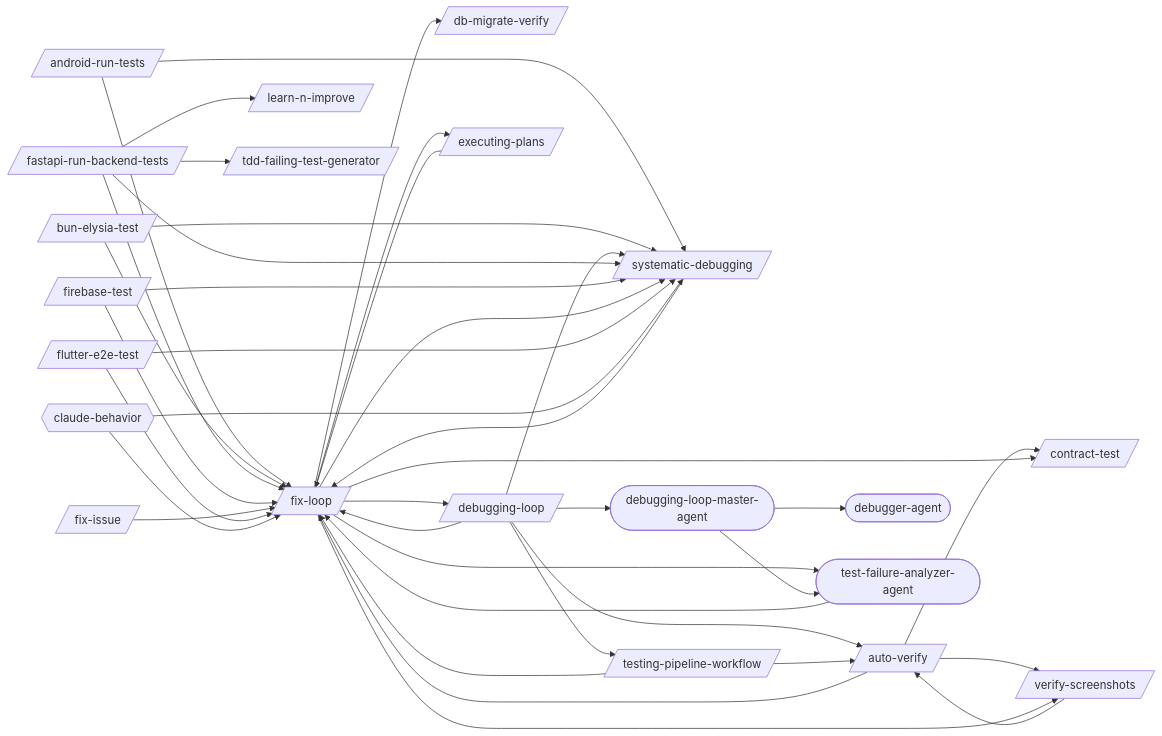
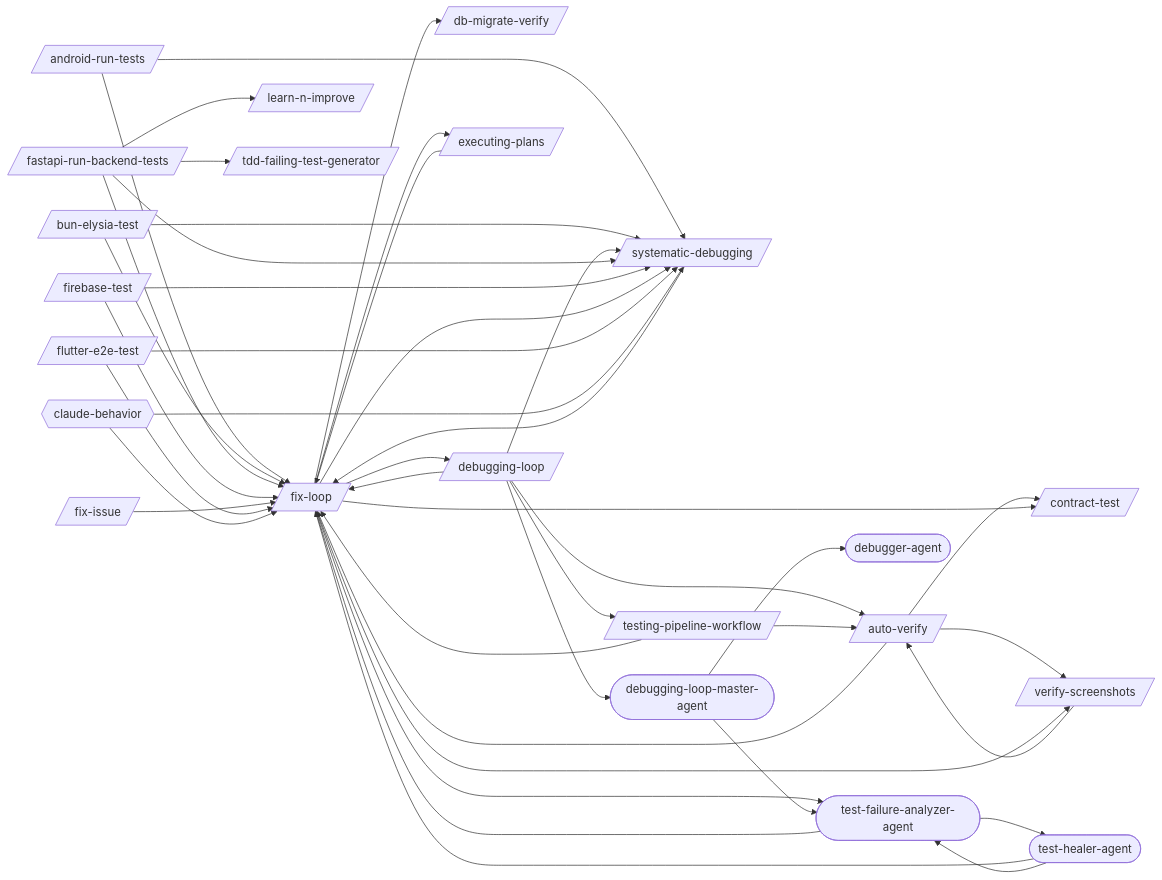
One commit to abhayla/claude-best-practices changed the first of 21 diagrams in docs/workflows/debugging-loop.md. Above: the diagram before and after it, drawn with Mermaid. The commit also changed other lines of this file and 13 other files, not shown here.

````diff
--- a/docs/workflows/debugging-loop.md
+++ b/docs/workflows/debugging-loop.md
@@ -9,62 +9,66 @@
 ```mermaid
 graph LR
     android_run_tests[/android-run-tests/]
     auto_verify[/auto-verify/]
     bun_elysia_test[/bun-elysia-test/]
     contract_test[/contract-test/]
     db_migrate_verify[/db-migrate-verify/]
     debugging_loop[/debugging-loop/]
     executing_plans[/executing-plans/]
     fastapi_run_backend_tests[/fastapi-run-backend-tests/]
     firebase_test[/firebase-test/]
     fix_issue[/fix-issue/]
     fix_loop[/fix-loop/]
     flutter_e2e_test[/flutter-e2e-test/]
     learn_n_improve[/learn-n-improve/]
     systematic_debugging[/systematic-debugging/]
     tdd_failing_test_generator[/tdd-failing-test-generator/]
     testing_pipeline_workflow[/testing-pipeline-workflow/]
     verify_screenshots[/verify-screenshots/]
     debugger_agent([debugger-agent])
     debugging_loop_master_agent([debugging-loop-master-agent])
     test_failure_analyzer_agent([test-failure-analyzer-agent])
+    test_healer_agent([test-healer-agent])
     claude_behavior{{claude-behavior}}
     android_run_tests --> fix_loop
     android_run_tests --> systematic_debugging
     auto_verify --> contract_test
     auto_verify --> fix_loop
     auto_verify --> verify_screenshots
     bun_elysia_test --> fix_loop
     bun_elysia_test --> systematic_debugging
     debugging_loop --> auto_verify
     debugging_loop --> fix_loop
     debugging_loop --> systematic_debugging
     debugging_loop --> testing_pipeline_workflow
     debugging_loop --> debugging_loop_master_agent
     executing_plans --> fix_loop
     fastapi_run_backend_tests --> fix_loop
     fastapi_run_backend_tests --> learn_n_improve
     fastapi_run_backend_tests --> systematic_debugging
     fastapi_run_backend_tests --> tdd_failing_test_generator
     firebase_test --> fix_loop
     firebase_test --> systematic_debugging
     fix_issue --> fix_loop
     fix_loop --> contract_test
     fix_loop --> db_migrate_verify
     fix_loop --> debugging_loop
     fix_loop --> executing_plans
     fix_loop --> systematic_debugging
     fix_loop --> verify_screenshots
     fix_loop --> test_failure_analyzer_agent
     flutter_e2e_test --> fix_loop
     flutter_e2e_test --> systematic_debugging
     systematic_debugging --> fix_loop
     testing_pipeline_workflow --> auto_verify
     testing_pipeline_workflow --> fix_loop
     verify_screenshots --> auto_verify
     debugging_loop_master_agent --> debugger_agent
     debugging_loop_master_agent --> test_failure_analyzer_agent
     test_failure_analyzer_agent --> fix_loop
+    test_failure_analyzer_agent --> test_healer_agent
+    test_healer_agent --> fix_loop
+    test_healer_agent --> test_failure_analyzer_agent
     claude_behavior --> fix_loop
     claude_behavior --> systematic_debugging
 ```
````
